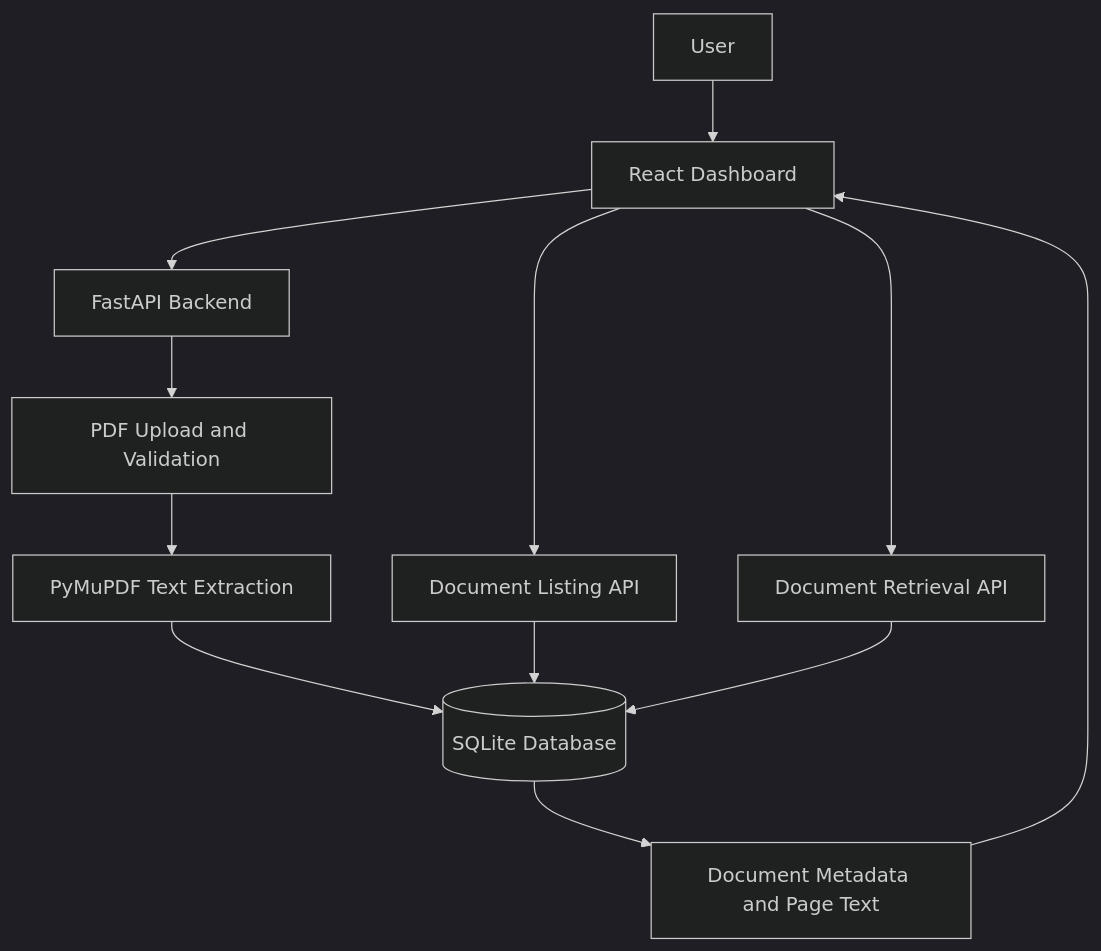
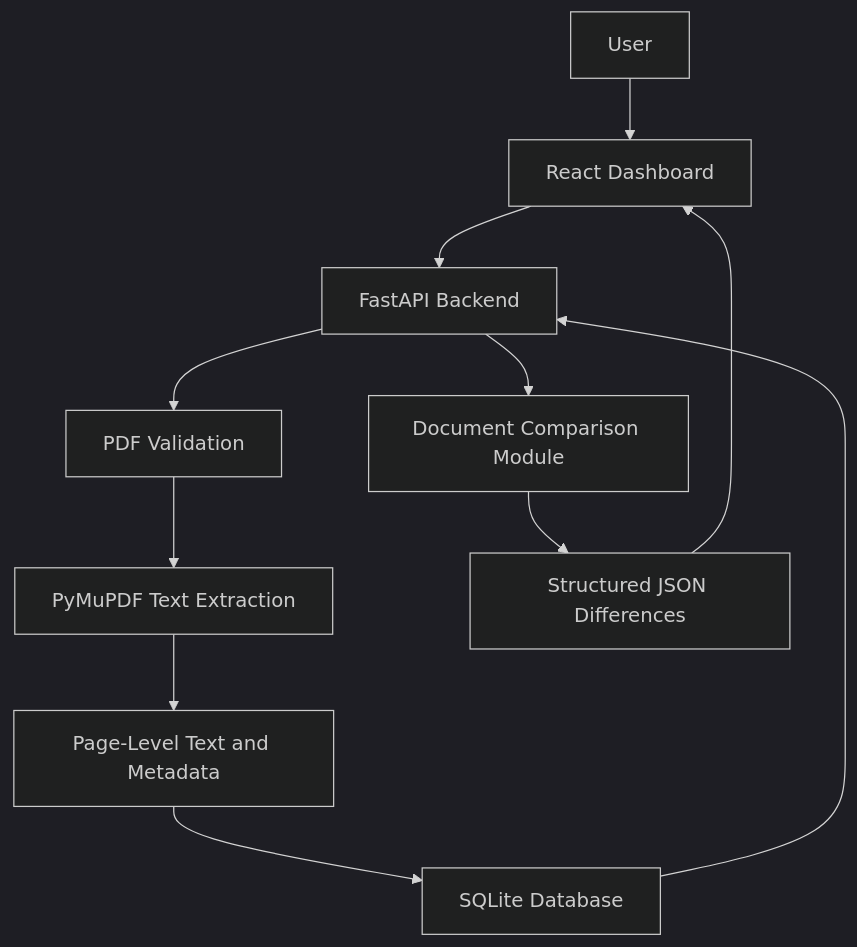
One commit to rajshreesinha-23/regulalens-ai changed the first of 3 diagrams in README.md. Above: the diagram before and after it, drawn with Mermaid (dark theme). The commit also changed other lines of this file, not shown here.

````diff
--- a/README.md
+++ b/README.md
@@ -113,18 +117,13 @@
 ```mermaid
 flowchart TD
-    U["User"] --> UI["React Dashboard"]
-    UI --> API["FastAPI Backend"]
-
-    API --> UP["PDF Upload and Validation"]
-    UP --> EX["PyMuPDF Text Extraction"]
-    EX --> DB[("SQLite Database")]
-
-    UI --> LIST["Document Listing API"]
-    UI --> DETAIL["Document Retrieval API"]
-
-    LIST --> DB
-    DETAIL --> DB
-
-    DB --> RES["Document Metadata and Page Text"]
-    RES --> UI
+    A[User] --> B[React Dashboard]
+    B --> C[FastAPI Backend]
+    C --> D[PDF Validation]
+    D --> E[PyMuPDF Text Extraction]
+    E --> F[Page-Level Text and Metadata]
+    F --> G[SQLite Database]
+    C --> H[Document Comparison Module]
+    H --> I[Structured JSON Differences]
+    G --> C
+    I --> B
 ```
````
